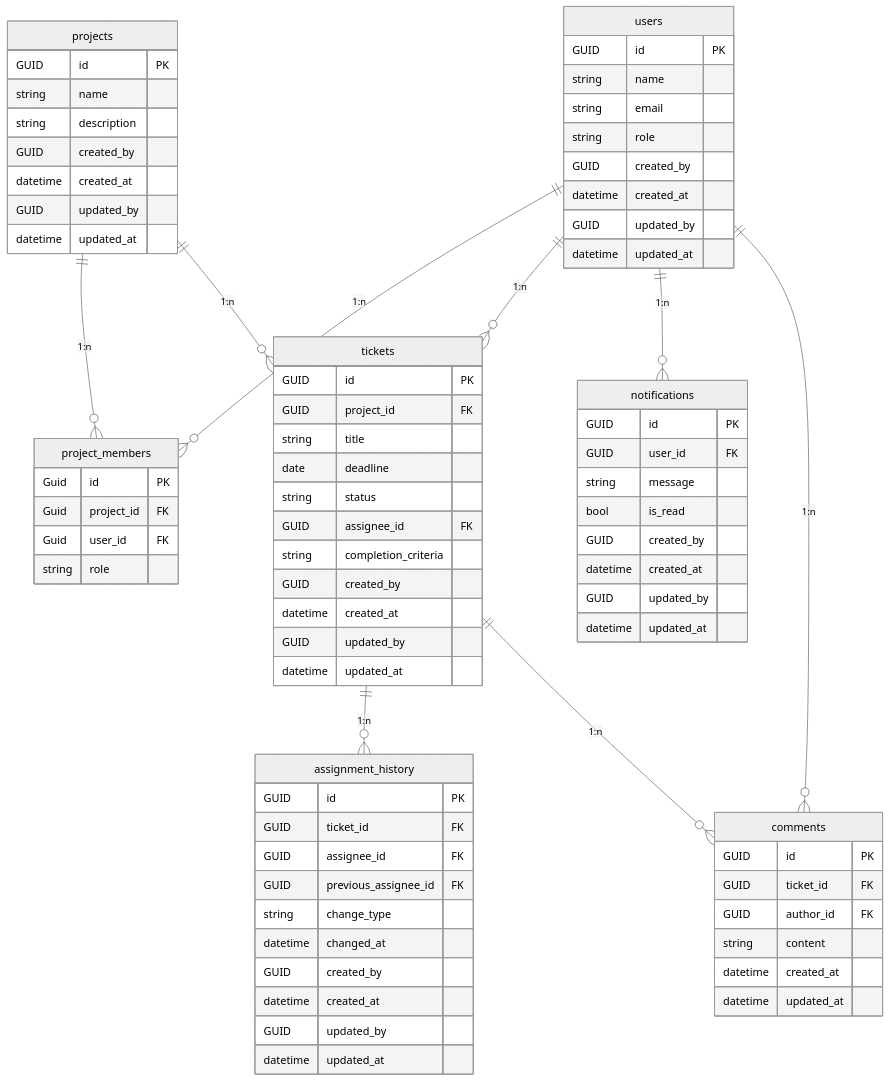
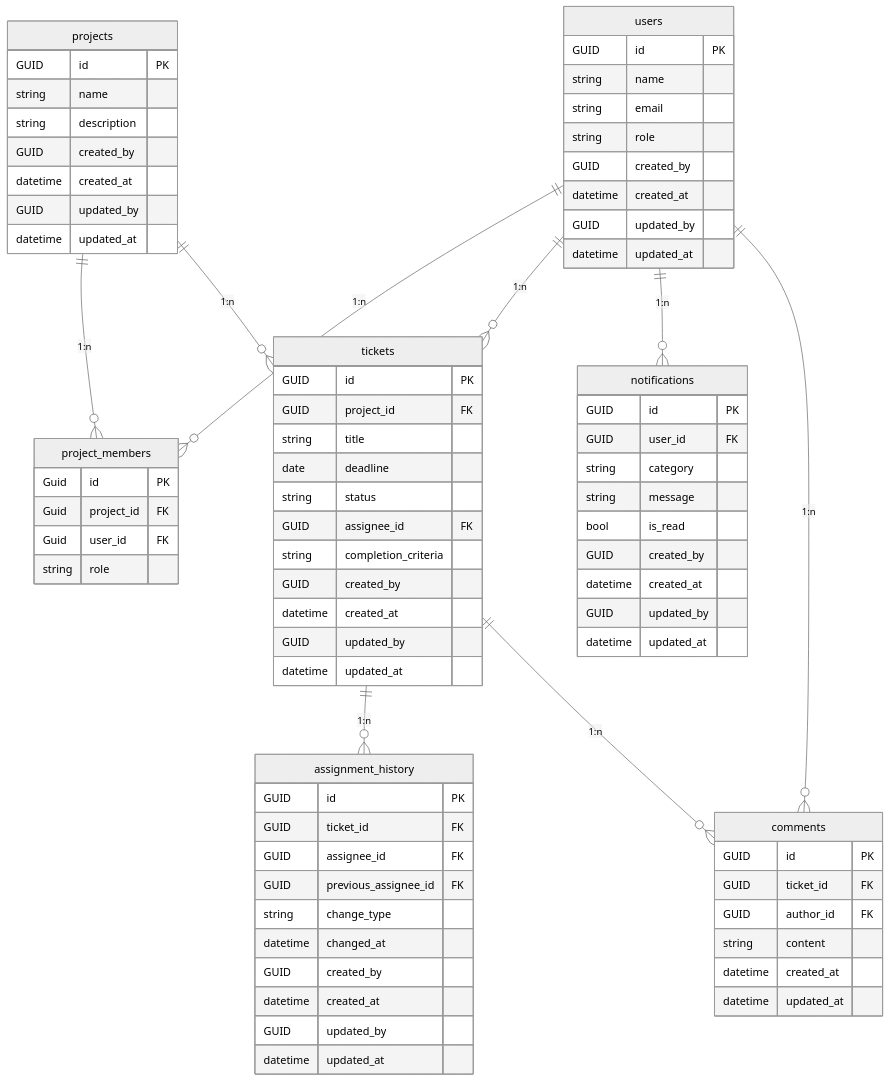
One commit to kuairen-227/pm-app-docs changed the diagram in 02.design/er-diagram.md. Above: the diagram before and after it, drawn with Mermaid (neutral theme). The commit also changed 1 other file, not shown here.

Commit message:
feat(design): :sparkles: `NotificationCategory` の追加

````diff
--- a/02.design/er-diagram.md
+++ b/02.design/er-diagram.md
@@ -3,80 +3,81 @@
 ```mermaid
 erDiagram
     users {
         GUID id PK
         string name
         string email
         string role
         GUID created_by
         datetime created_at
         GUID updated_by
         datetime updated_at
     }
     projects {
         GUID id PK
         string name
         string description
         GUID created_by
         datetime created_at
         GUID updated_by
         datetime updated_at
     }
     project_members {
         Guid id PK
         Guid project_id FK
         Guid user_id FK
         string role
     }
     tickets {
         GUID id PK
         GUID project_id FK
         string title
         date deadline
         string status
         GUID assignee_id FK
         string completion_criteria
         GUID created_by
         datetime created_at
         GUID updated_by
         datetime updated_at
     }
     comments {
         GUID id PK
         GUID ticket_id FK
         GUID author_id FK
         string content
         datetime created_at
         datetime updated_at
     }
     assignment_history {
         GUID id PK
         GUID ticket_id FK
         GUID assignee_id FK
         GUID previous_assignee_id FK
         string change_type
         datetime changed_at
         GUID created_by
         datetime created_at
         GUID updated_by
         datetime updated_at
     }
     notifications {
         GUID id PK
         GUID user_id FK
+        string category
         string message
         bool is_read
         GUID created_by
         datetime created_at
         GUID updated_by
         datetime updated_at
     }
 
     users ||--o{ project_members : "1:n"
     projects ||--o{ project_members : "1:n"
     projects ||--o{ tickets : "1:n"
     users ||--o{ tickets : "1:n"
     tickets ||--o{ assignment_history : "1:n"
     users ||--o{ notifications : "1:n"
     tickets ||--o{ comments : "1:n"
     users ||--o{ comments : "1:n"
 ```
````
